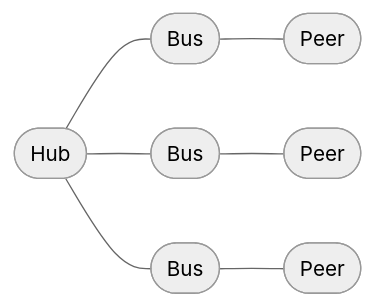
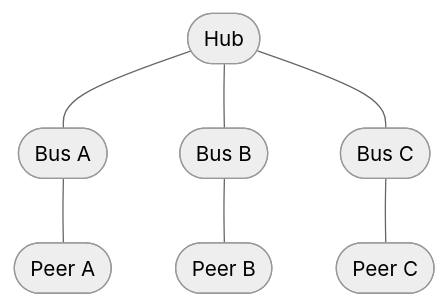
One commit to shinka-rpc/shinka-js changed the first of 5 diagrams in docs/core/hub.md. Above: the diagram before and after it, drawn with Mermaid (neutral theme). The commit also changed other lines of this file and 1 other file, not shown here.

````diff
--- a/docs/core/hub.md
+++ b/docs/core/hub.md
@@ -9,11 +17,11 @@
 ```mermaid
-flowchart LR
+flowchart TD
     HUB([Hub])
-    B1([Bus]) --- P1([Peer])
-    B2([Bus]) --- P2([Peer])
-    B3([Bus]) --- P3([Peer])
+    B1([Bus A]) --- P1([Peer A])
+    B2([Bus B]) --- P2([Peer B])
+    B3([Bus C]) --- P3([Peer C])
     
     HUB --- B1
     HUB --- B2
     HUB --- B3
 ```
````
